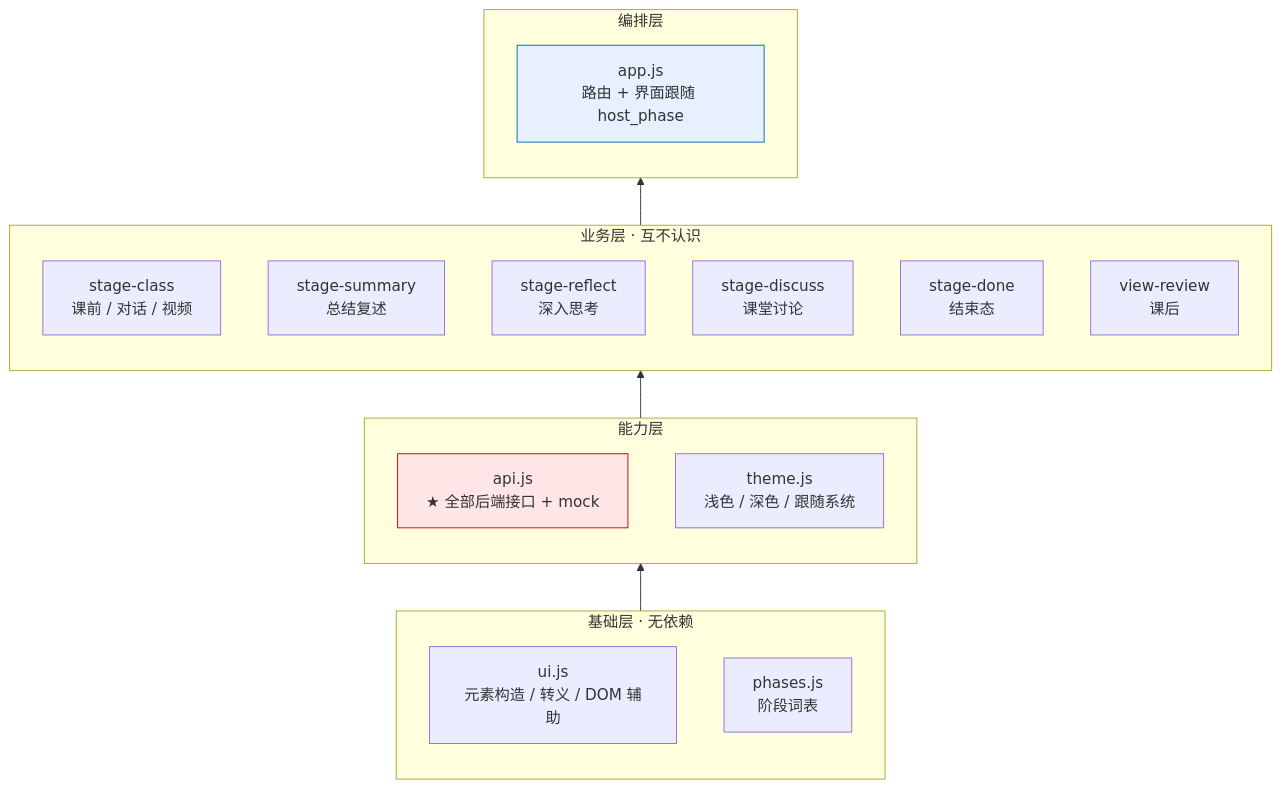
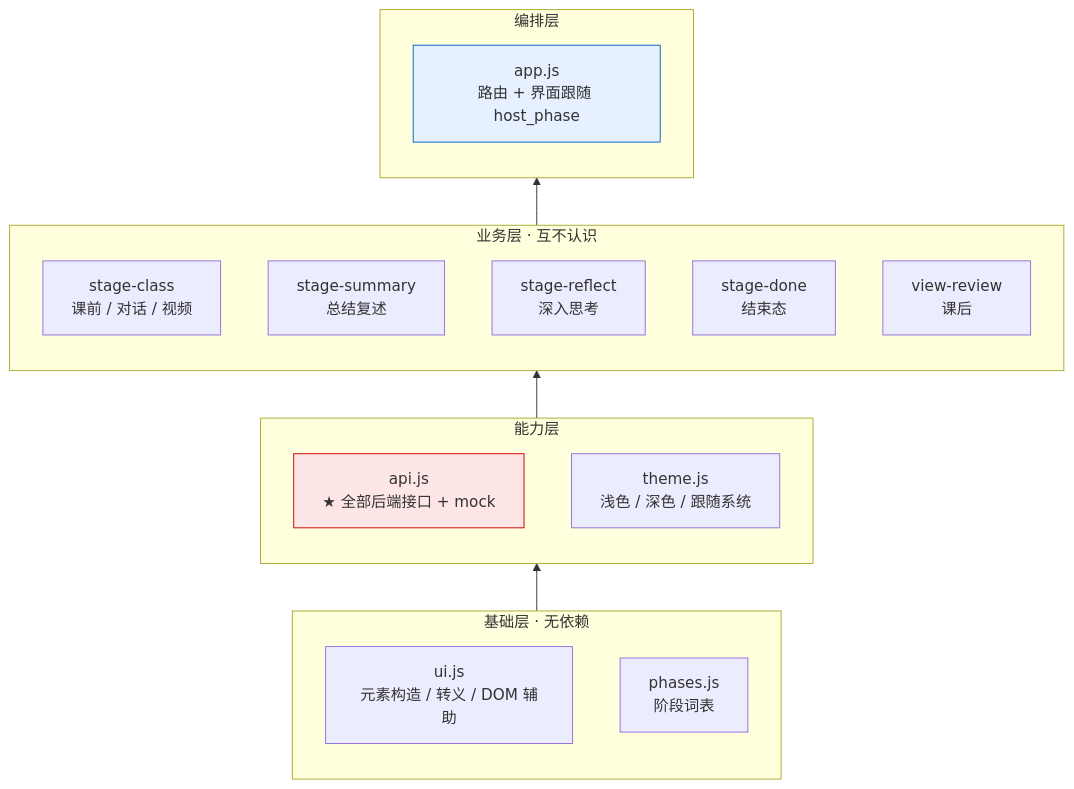
The first of 5 diagrams in student_agent/frontend/docs/architecture/ARCHITECTURE.md (huanche/agentic-class-pilot), drawn with Mermaid before and after one commit. The commit also changed other lines of this file and 35 other files, not shown here.

````diff
--- a/student_agent/frontend/docs/architecture/ARCHITECTURE.md
+++ b/student_agent/frontend/docs/architecture/ARCHITECTURE.md
@@ -30,32 +30,31 @@
 ```mermaid
 graph BT
     subgraph L1["基础层 · 无依赖"]
         UI["ui.js<br/>元素构造 / 转义 / DOM 辅助"]
         PH["phases.js<br/>阶段词表"]
     end
 
     subgraph L2["能力层"]
         API["api.js<br/>★ 全部后端接口 + mock"]
         THEME["theme.js<br/>浅色 / 深色 / 跟随系统"]
     end
 
     subgraph L3["业务层 · 互不认识"]
         SC["stage-class<br/>课前 / 对话 / 视频"]
         SS["stage-summary<br/>总结复述"]
         SR["stage-reflect<br/>深入思考"]
-        SD["stage-discuss<br/>课堂讨论"]
         SDO["stage-done<br/>结束态"]
         VR["view-review<br/>课后"]
     end
 
     subgraph L4["编排层"]
         APP["app.js<br/>路由 + 界面跟随 host_phase"]
     end
 
     L1 --> L2
     L2 --> L3
     L3 --> L4
 
     style API fill:#ffe6e6,stroke:#c00
     style APP fill:#e6f0ff,stroke:#06c
 ```
````
